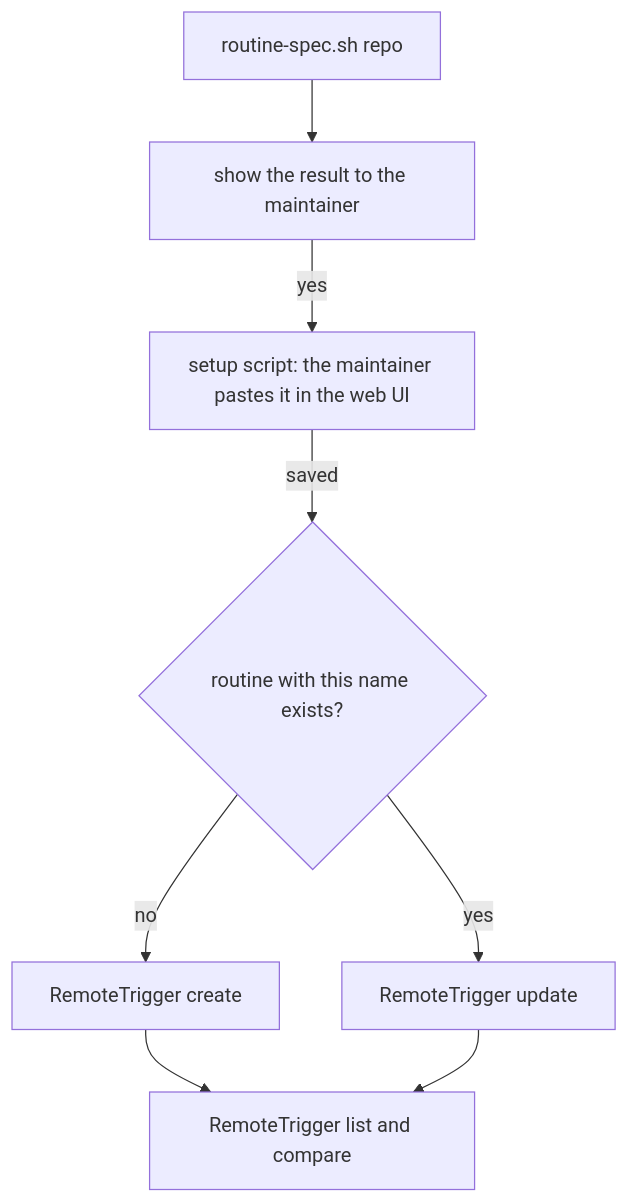
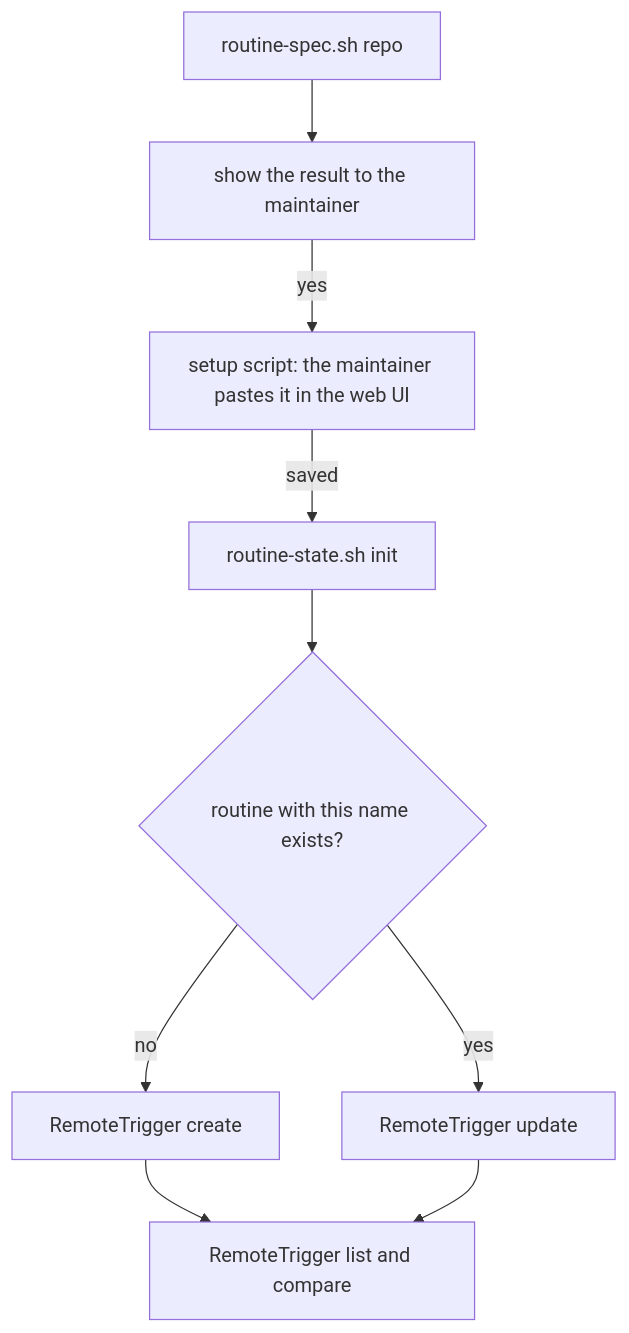
The diagram in skills/cloud-routines/SKILL.md (alfhen/agent-pr-pipeline), drawn with Mermaid before and after one commit. The commit also changed other lines of this file and 2 other files, not shown here.

Commit message:
Collect sources hold collectFrom, skill runs init and gives the create body, minute test compares minutes

````diff
--- a/skills/cloud-routines/SKILL.md
+++ b/skills/cloud-routines/SKILL.md
@@ -10,10 +10,11 @@
 ```mermaid
 flowchart TD
   S[routine-spec.sh repo] --> V[show the result to the maintainer]
   V -- yes --> E[setup script: the maintainer pastes it in the web UI]
-  E -- saved --> R{routine with this name exists?}
+  E -- saved --> I[routine-state.sh init]
+  I --> R{routine with this name exists?}
   R -- no --> C[RemoteTrigger create]
   R -- yes --> U[RemoteTrigger update]
   C --> L[RemoteTrigger list and compare]
   U --> L
 ```
````
